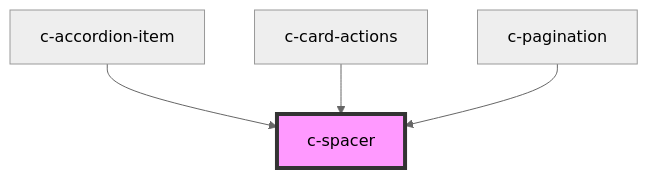
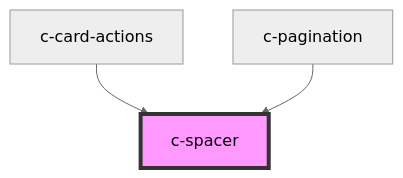
Before and after one commit to hannyle/csc-ui: the diagram in src/components/spacer/readme.md, drawn with Mermaid (neutral theme). The commit also changed other lines of this file and 8 other files, not shown here.

````diff
--- a/src/components/spacer/readme.md
+++ b/src/components/spacer/readme.md
@@ -17,7 +16,6 @@
 ```mermaid
 graph TD;
-  c-accordion-item --> c-spacer
   c-card-actions --> c-spacer
   c-pagination --> c-spacer
   style c-spacer fill:#f9f,stroke:#333,stroke-width:4px
 ```
````
